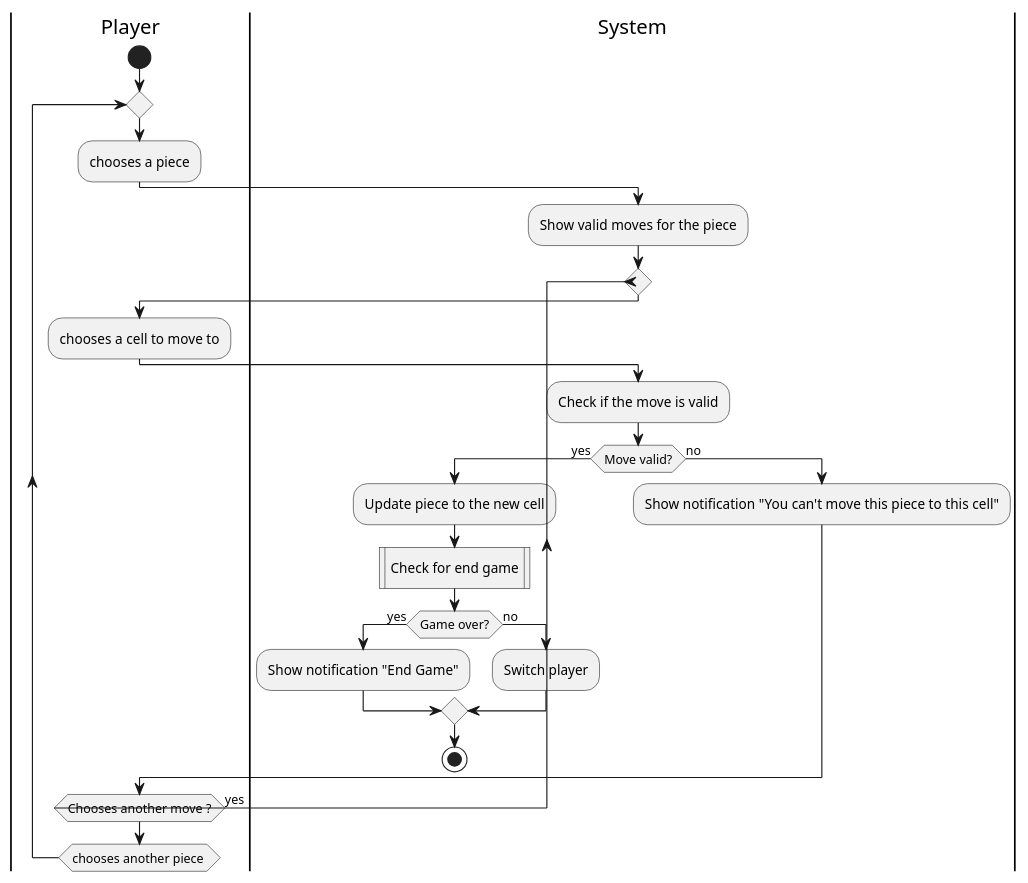
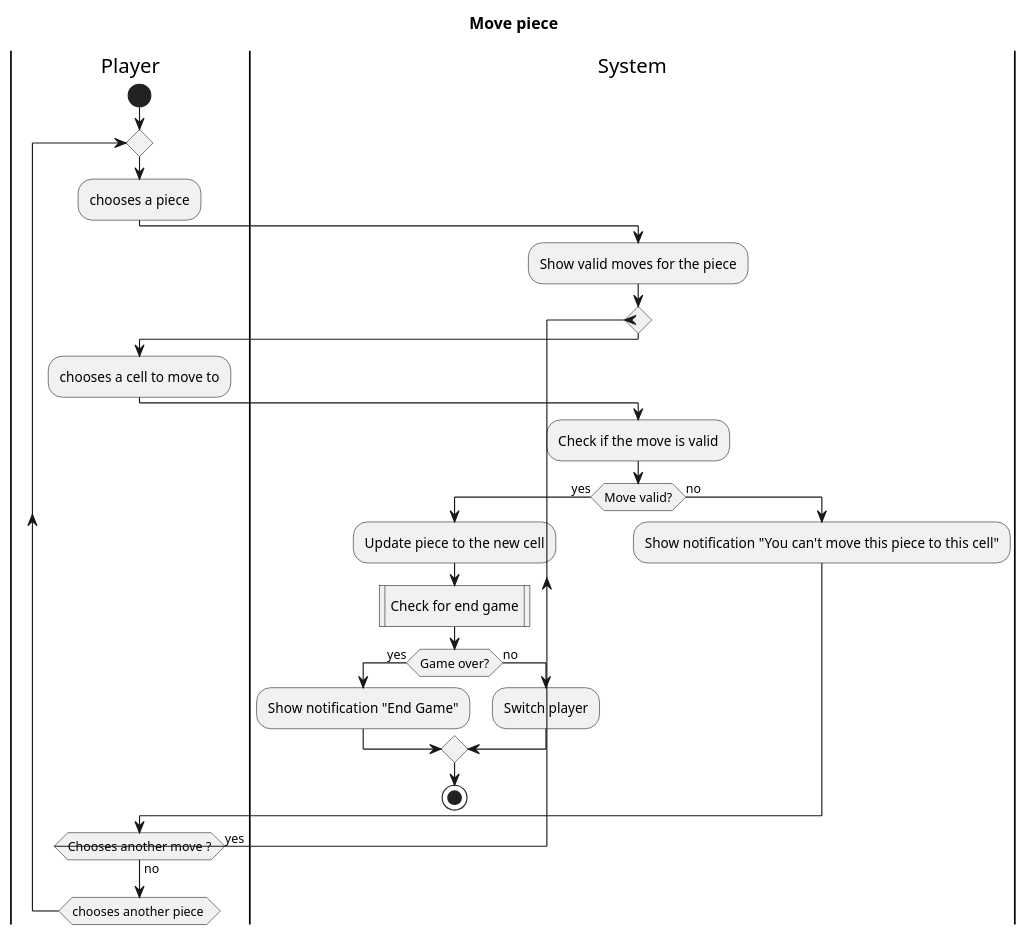
The diagram in Activity Diagram/movePiece.pu (babobi161504/Diagram-Chess-Game), drawn with PlantUML before and after one commit. The commit also changed 19 other files, not shown here.

Commit message:
Nghia | fix activity, class diagram and add images

```diff
--- a/Activity Diagram/movePiece.pu
+++ b/Activity Diagram/movePiece.pu
@@ -1,34 +1,35 @@
 @startuml movePiece
+title "Move piece"
 |Player|
 start
 repeat
     :chooses a piece;
-    
+
     |System|
     :Show valid moves for the piece;
-repeat
-    |Player|
-    :chooses a cell to move to;
+    repeat
+        |Player|
+        :chooses a cell to move to;
 
-    |System|
-    :Check if the move is valid;
+        |System|
+        :Check if the move is valid;
 
-    if (Move valid?) then (yes)
-        :Update piece to the new cell;
-        :Check for end game|
-        
-        if (Game over?) then (yes)
-            :Show notification "End Game";
+        if (Move valid?) then (yes)
+            :Update piece to the new cell;
+            :Check for end game|
+
+            if (Game over?) then (yes)
+                :Show notification "End Game";
+            else (no)
+                :Switch player;
+
+            endif
+            stop
         else (no)
-            :Switch player;
-            
+            :Show notification "You can't move this piece to this cell";
         endif
-        stop
-    else (no)
-    :Show notification "You can't move this piece to this cell";
-    endif
-|Player|
-repeat while (Chooses another move ?) is (yes)
+        |Player|
+    repeat while (Chooses another move ?) is (yes) not (no)
 
 repeat while (chooses another piece )
 @enduml
```
